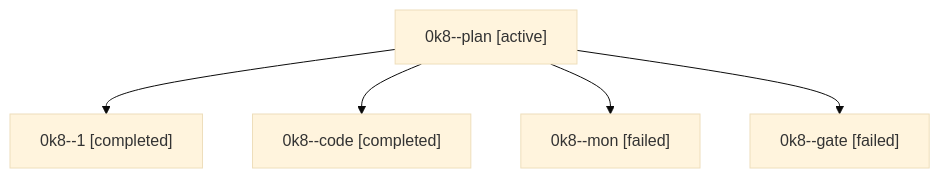
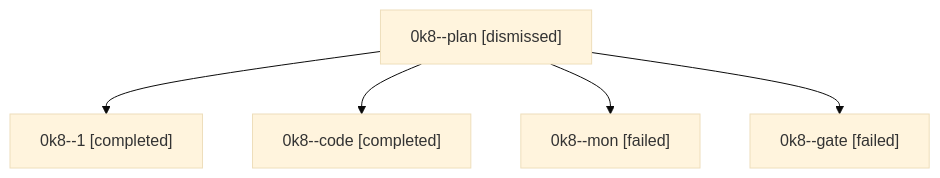
One commit to sase-org/sase--agents changed the diagram in sessions/bbugyi200.athena.0k8.md. Above: the diagram before and after it, drawn with Mermaid (base theme). The commit also changed other lines of this file and 28 other files, not shown here.

````diff
--- a/sessions/bbugyi200.athena.0k8.md
+++ b/sessions/bbugyi200.athena.0k8.md
@@ -9,12 +9,12 @@
 ```mermaid
 flowchart TD
-  n0["0k8--plan [active]"]
+  n0["0k8--plan [dismissed]"]
   n1["0k8--1 [completed]"]
   n0 --> n1
   n2["0k8--code [completed]"]
   n0 --> n2
   n3["0k8--mon [failed]"]
   n0 --> n3
   n4["0k8--gate [failed]"]
   n0 --> n4
 ```
````
